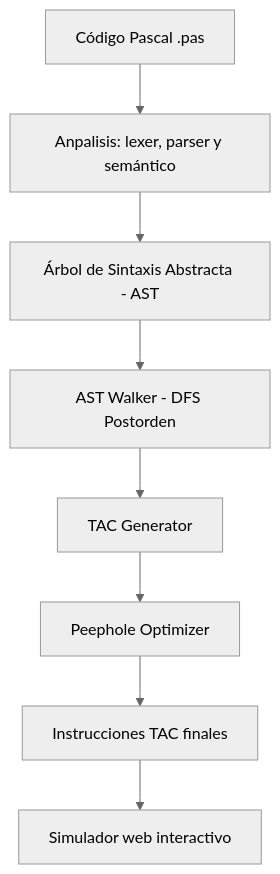
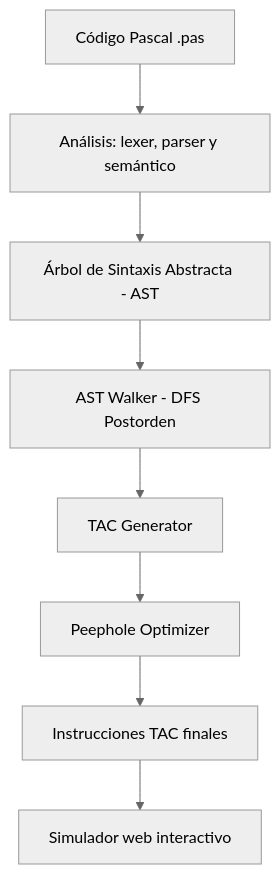
The diagram in Generador-TAC-Pascal/README.md (20pedro01/Generador-TAC-Pascal), drawn with Mermaid (neutral theme) before and after one commit.

````diff
--- a/Generador-TAC-Pascal/README.md
+++ b/Generador-TAC-Pascal/README.md
@@ -16,10 +16,10 @@
 ```mermaid
 graph TD
-    A[Código Pascal .pas] --> B[Anpalisis: lexer, parser y semántico]
+    A[Código Pascal .pas] --> B[Análisis: lexer, parser y semántico]
     B --> C[Árbol de Sintaxis Abstracta - AST]
     C --> D[AST Walker - DFS Postorden]
     D --> E[TAC Generator]
     E --> F[Peephole Optimizer]
     F --> G[Instrucciones TAC finales]
     G --> H[Simulador web interactivo]
 ```
````
